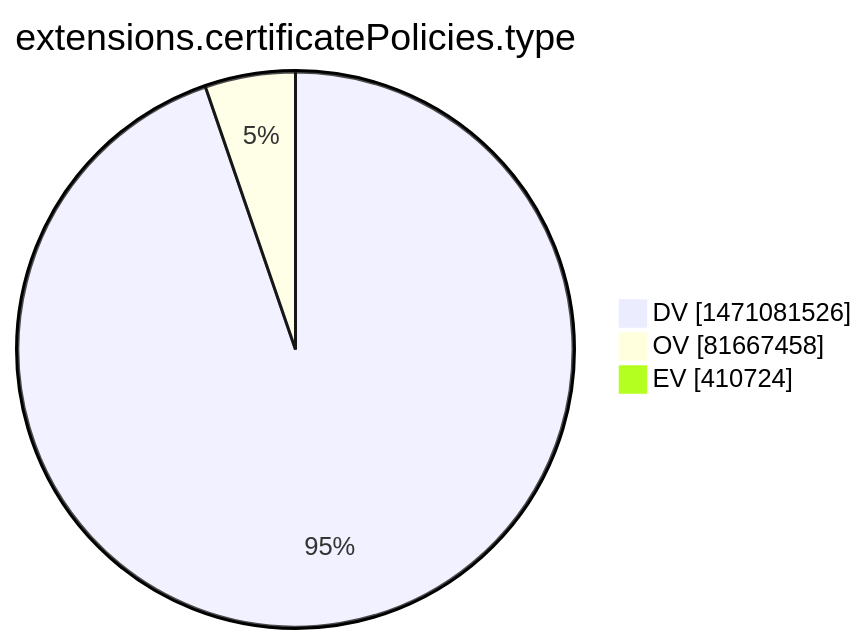
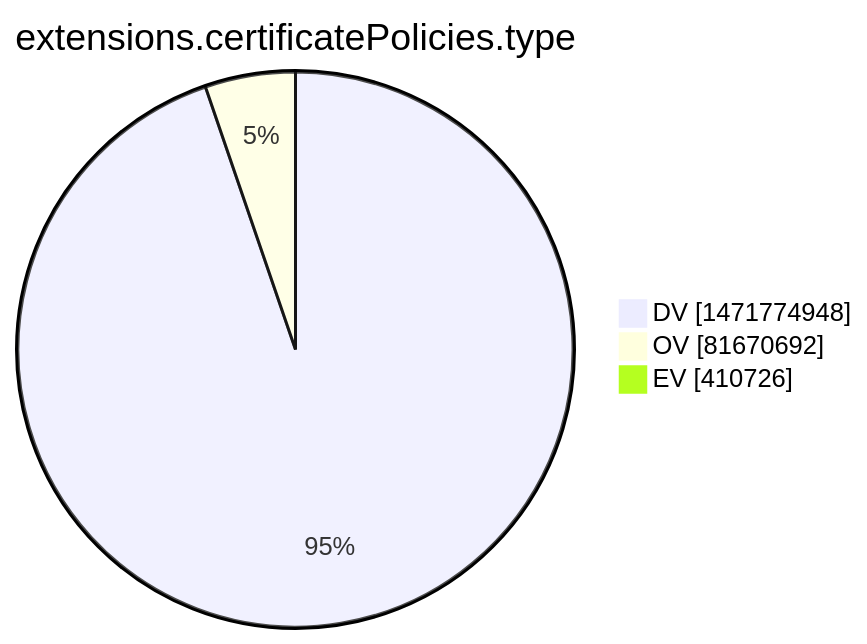
One commit to christiankrug/ctmonitor_visualization changed the tenth of 15 diagrams in xenon2022/README.md. Above: the diagram before and after it, drawn with Mermaid. The commit also changed other lines of this file, not shown here.

````diff
--- a/xenon2022/README.md
+++ b/xenon2022/README.md
@@ -2872,7 +2872,7 @@
 ```mermaid
 pie showData
 title extensions.certificatePolicies.type
-"DV" :1471081526
-"OV" :81667458
-"EV" :410724
+"DV" :1471774948
+"OV" :81670692
+"EV" :410726
 ```
````
